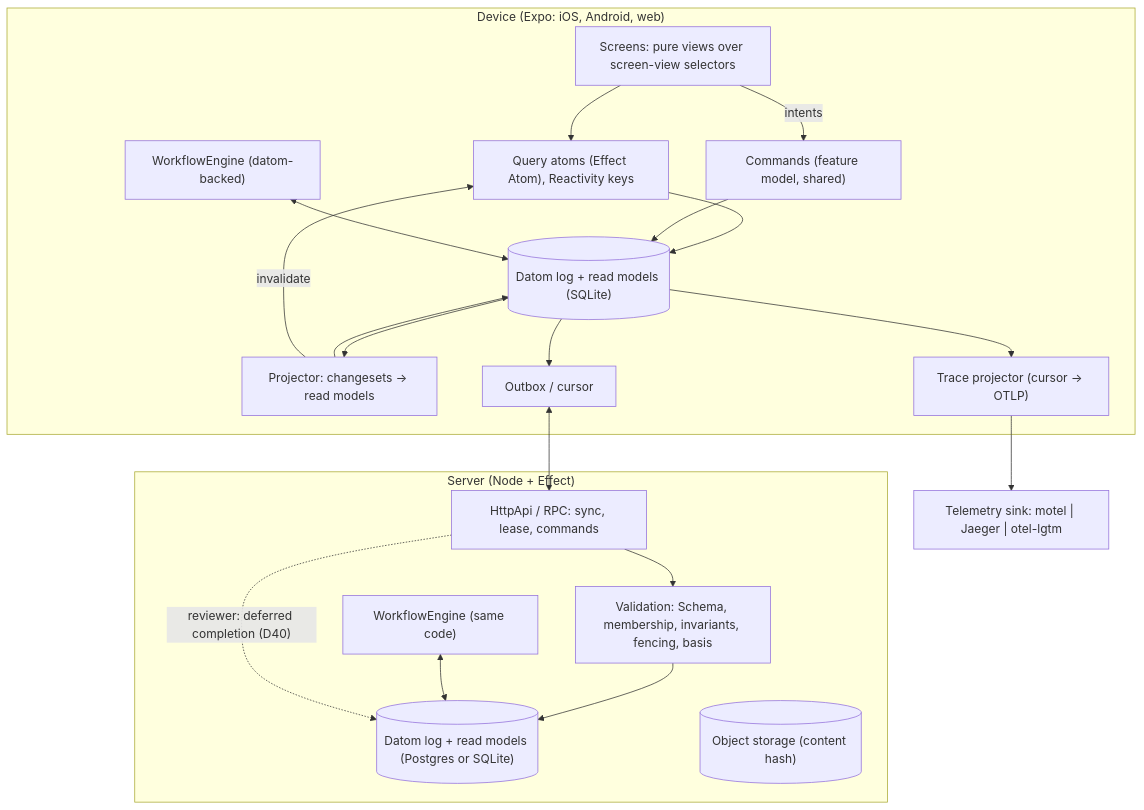
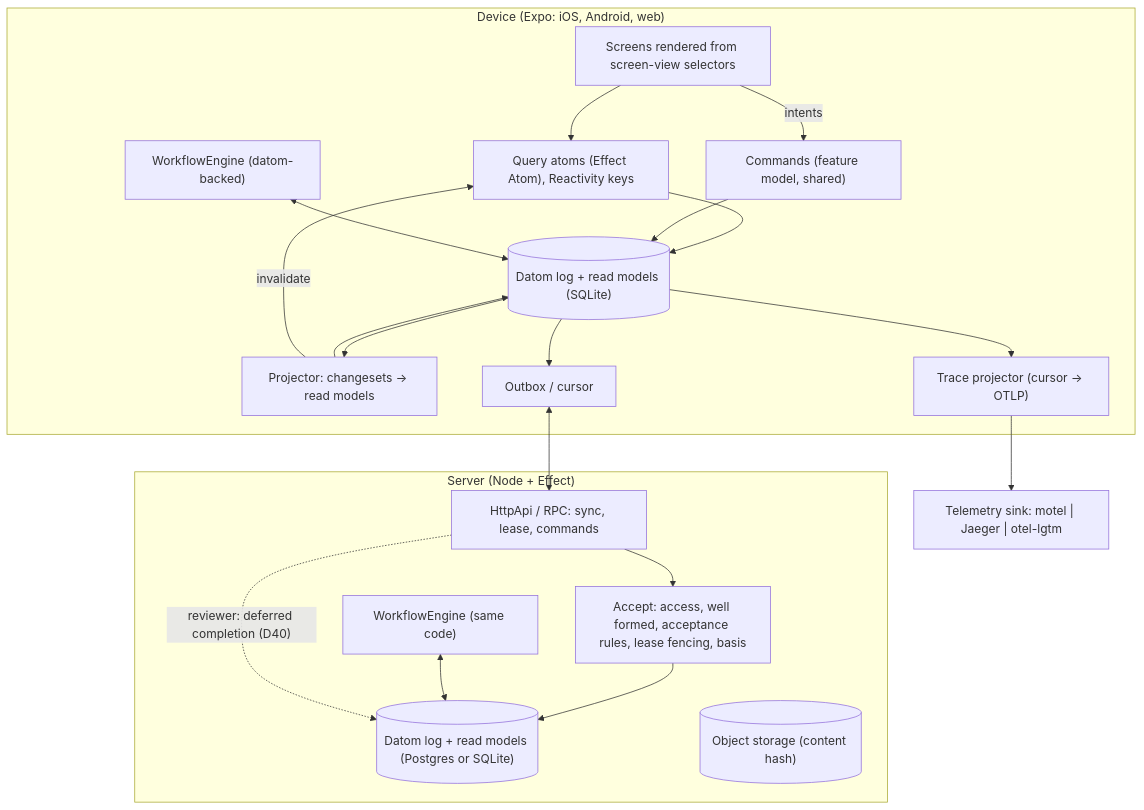
The diagram in docs/plan/bootstrap/03-architecture.md (pietgk/viviefs), drawn with Mermaid before and after one commit. The commit also changed 3 other files, not shown here.

First line of the commit message:
Diagram labels in our own words: an ADR's design goes to the exemplar, a gate proves one claim, metadata.guides, Delivered is a pattern's.

````diff
--- a/docs/plan/bootstrap/03-architecture.md
+++ b/docs/plan/bootstrap/03-architecture.md
@@ -8,30 +8,30 @@
 ```mermaid
 flowchart TD
   subgraph Device["Device (Expo: iOS, Android, web)"]
-    UI["Screens: pure views over screen-view selectors"]
+    UI["Screens rendered from screen-view selectors"]
     ATOMS["Query atoms (Effect Atom), Reactivity keys"]
     CMD["Commands (feature model, shared)"]
     ENG["WorkflowEngine (datom-backed)"]
     PROJ["Projector: changesets -> read models"]
     LOG[("Datom log + read models (SQLite)")]
     OUT["Outbox / cursor"]
     TRC["Trace projector (cursor -> OTLP)"]
   end
   subgraph Server["Server (Node + Effect)"]
     API["HttpApi / RPC: sync, lease, commands"]
-    VAL["Validation: Schema, membership, invariants, fencing, basis"]
+    VAL["Accept: access, well formed, acceptance rules, lease fencing, basis"]
     SENG["WorkflowEngine (same code)"]
     SLOG[("Datom log + read models (Postgres or SQLite)")]
     BLOB[("Object storage (content hash)")]
   end
   SINK["Telemetry sink: motel | Jaeger | otel-lgtm"]
   UI --> ATOMS --> LOG
   UI -- intents --> CMD --> LOG
   ENG <--> LOG
   LOG --> PROJ --> LOG
   PROJ -- invalidate --> ATOMS
   LOG --> OUT <--> API --> VAL --> SLOG
   SENG <--> SLOG
   LOG --> TRC --> SINK
   API -.->|"reviewer: deferred completion (D40)"| SLOG
 ```
````
